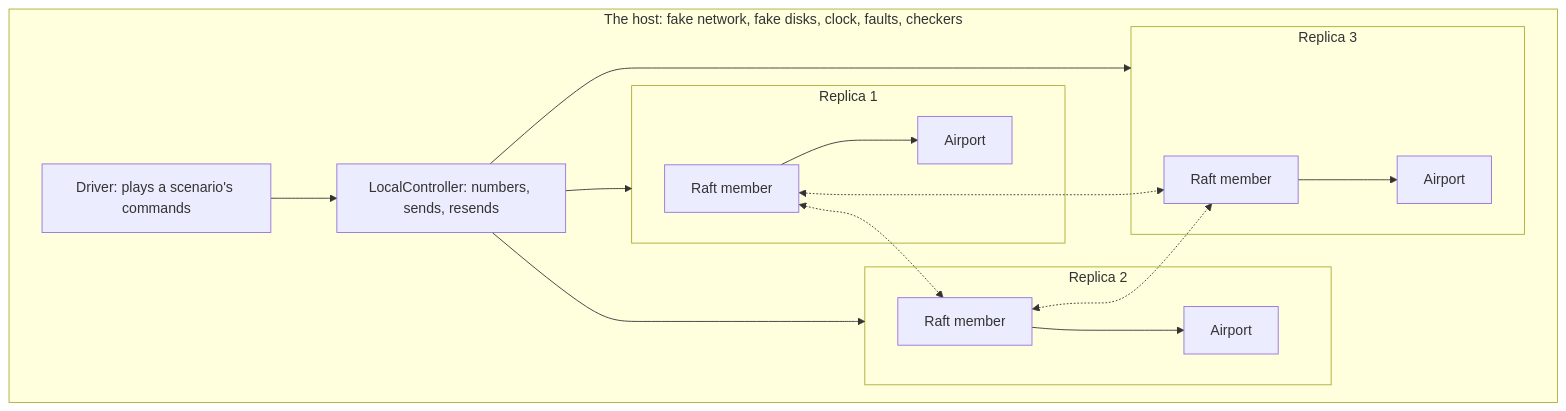
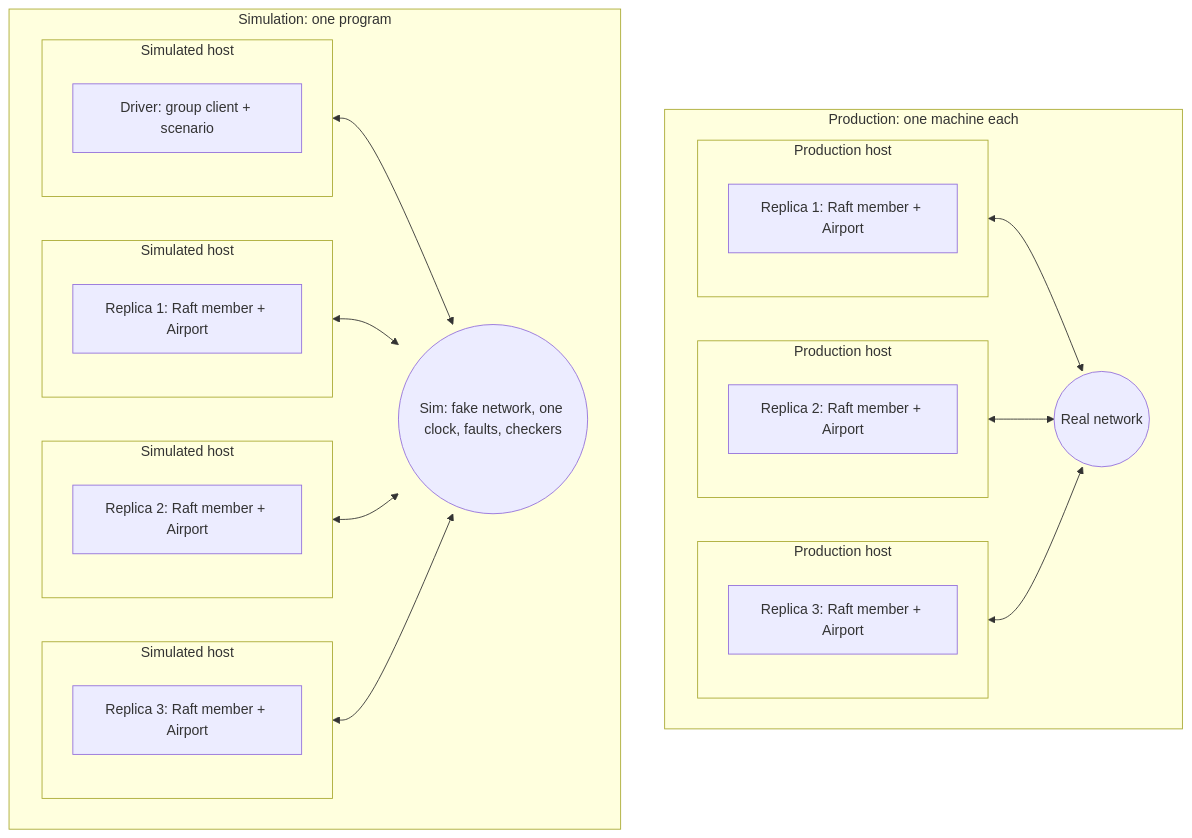
The first of 2 diagrams in design/phase-2-spec.md (harrydayexe/AirportSimulator), drawn with Mermaid before and after one commit. The commit also changed other lines of this file and 13 other files, not shown here.

First line of the commit message:
refactor(host): give every node its own host and drop the per-airport controller

````diff
--- a/design/phase-2-spec.md
+++ b/design/phase-2-spec.md
@@ -94,23 +99,37 @@
 ```mermaid
 flowchart TD
-    subgraph Host["The host: fake network, fake disks, clock, faults, checkers"]
-        Driver["Driver: plays a scenario's commands"]
-        LC["LocalController: numbers, sends, resends"]
-        subgraph R1["Replica 1"]
-            N1["Raft member"] --> A1["Airport"]
+    subgraph Prod["Production: one machine each"]
+        subgraph PH1["Production host"]
+            PR1["Replica 1: Raft member + Airport"]
         end
-        subgraph R2["Replica 2"]
-            N2["Raft member"] --> A2["Airport"]
+        subgraph PH2["Production host"]
+            PR2["Replica 2: Raft member + Airport"]
         end
-        subgraph R3["Replica 3"]
-            N3["Raft member"] --> A3["Airport"]
+        subgraph PH3["Production host"]
+            PR3["Replica 3: Raft member + Airport"]
         end
-        Driver --> LC
-        LC --> R1
-        LC --> R2
-        LC --> R3
+        Net(("Real network"))
+        PH1 <--> Net
+        PH2 <--> Net
+        PH3 <--> Net
     end
-    N1 <-.-> N2
-    N2 <-.-> N3
-    N1 <-.-> N3
+    subgraph Demo["Simulation: one program"]
+        subgraph SH0["Simulated host"]
+            D["Driver: group client + scenario"]
+        end
+        subgraph SH1["Simulated host"]
+            SR1["Replica 1: Raft member + Airport"]
+        end
+        subgraph SH2["Simulated host"]
+            SR2["Replica 2: Raft member + Airport"]
+        end
+        subgraph SH3["Simulated host"]
+            SR3["Replica 3: Raft member + Airport"]
+        end
+        Sim(("Sim: fake network, one clock, faults, checkers"))
+        SH0 <--> Sim
+        SH1 <--> Sim
+        SH2 <--> Sim
+        SH3 <--> Sim
+    end
 ```
````
